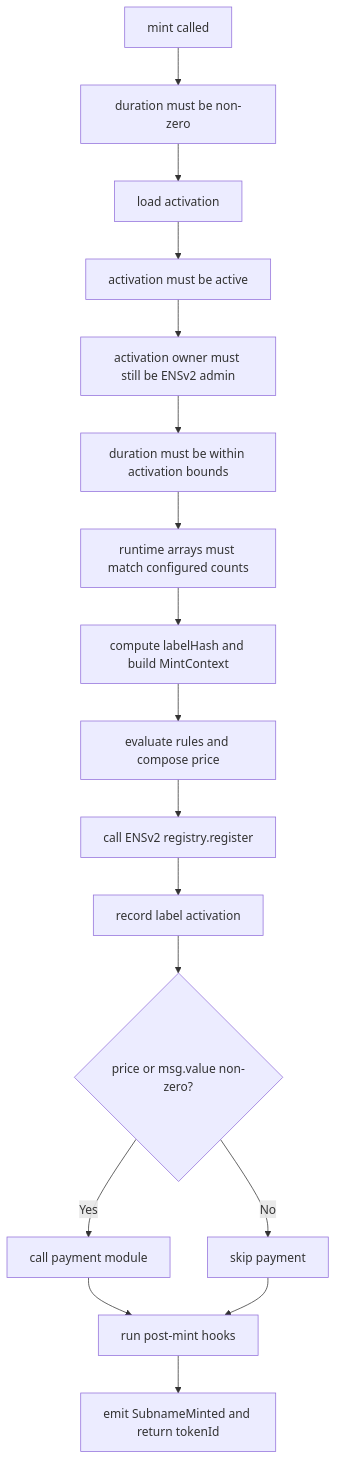
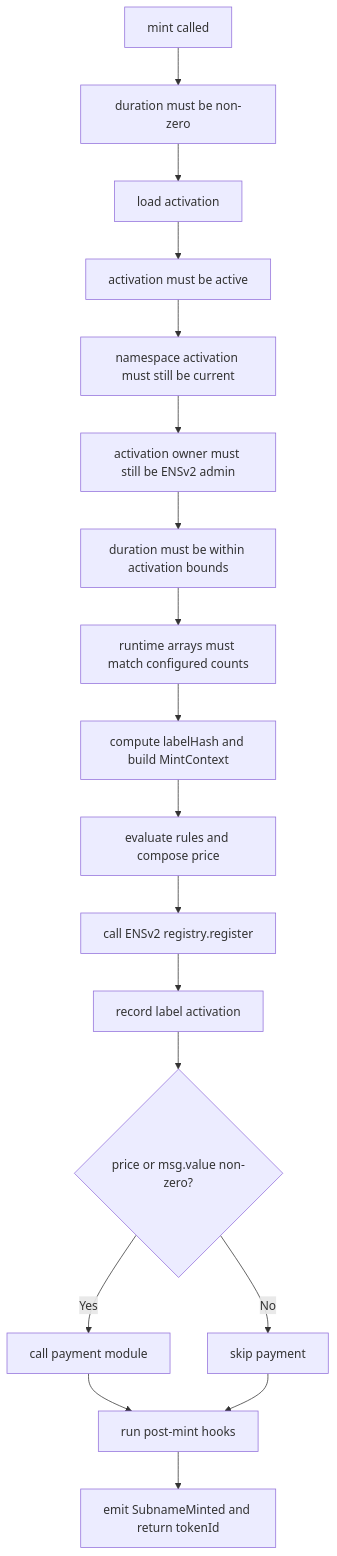
One commit to envoy1084/namespace-contracts-v2 changed the first of 2 diagrams in docs/06-mint-flow.md. Above: the diagram before and after it, drawn with Mermaid. The commit also changed other lines of this file and 25 other files, not shown here.

````diff
--- a/docs/06-mint-flow.md
+++ b/docs/06-mint-flow.md
@@ -30,19 +30,20 @@
 ```mermaid
 flowchart TD
     A["mint called"] --> B["duration must be non-zero"]
     B --> C["load activation"]
     C --> D["activation must be active"]
-    D --> E["activation owner must still be ENSv2 admin"]
-    E --> F["duration must be within activation bounds"]
-    F --> G["runtime arrays must match configured counts"]
-    G --> H["compute labelHash and build MintContext"]
-    H --> I["evaluate rules and compose price"]
-    I --> J["call ENSv2 registry.register"]
-    J --> K["record label activation"]
-    K --> L{"price or msg.value non-zero?"}
-    L -->|"Yes"| M["call payment module"]
-    L -->|"No"| N["skip payment"]
-    M --> O["run post-mint hooks"]
-    N --> O
-    O --> P["emit SubnameMinted and return tokenId"]
+    D --> E["namespace activation must still be current"]
+    E --> F["activation owner must still be ENSv2 admin"]
+    F --> G["duration must be within activation bounds"]
+    G --> H["runtime arrays must match configured counts"]
+    H --> I["compute labelHash and build MintContext"]
+    I --> J["evaluate rules and compose price"]
+    J --> K["call ENSv2 registry.register"]
+    K --> L["record label activation"]
+    L --> M{"price or msg.value non-zero?"}
+    M -->|"Yes"| N["call payment module"]
+    M -->|"No"| O["skip payment"]
+    N --> P["run post-mint hooks"]
+    O --> P
+    P --> Q["emit SubnameMinted and return tokenId"]
 ```
````
